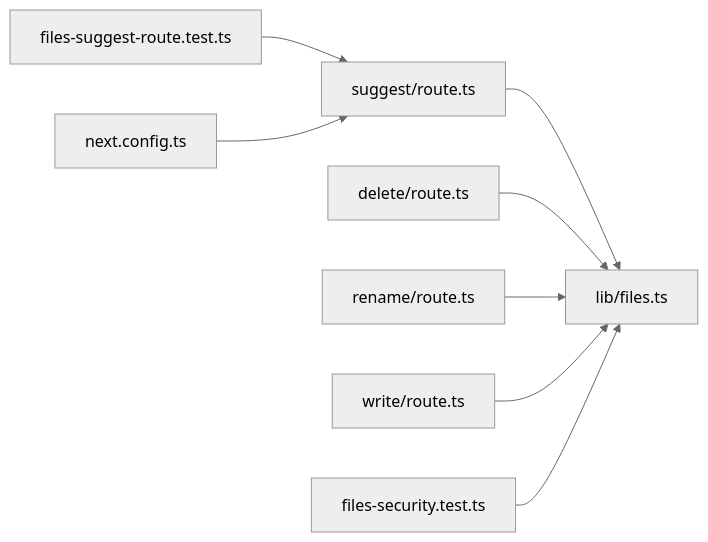
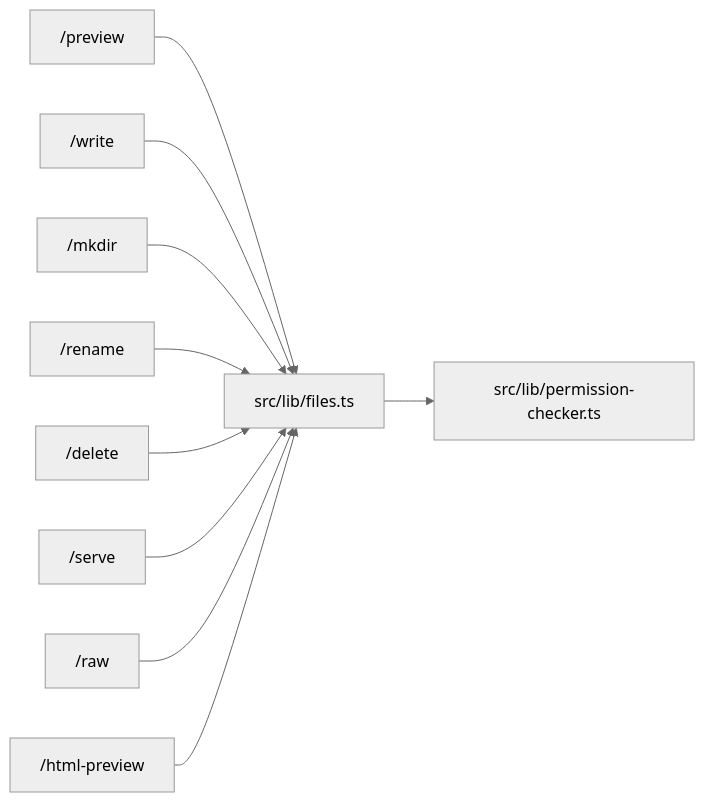
One commit to haolange/CodePilot changed the fifth of 5 diagrams in .qoder/repowiki/zh/content/API 参考/文件 API.md. Above: the diagram before and after it, drawn with Mermaid (neutral theme). The commit also changed other lines of this file and 203 other files, not shown here.

````diff
--- a/.qoder/repowiki/zh/content/API 参考/文件 API.md
+++ b/.qoder/repowiki/zh/content/API 参考/文件 API.md
@@ -270,10 +314,12 @@
 ```mermaid
 graph LR
-SUG["suggest/route.ts"] --> LIBF["lib/files.ts"]
-DEL["delete/route.ts"] --> LIBF
-REN["rename/route.ts"] --> LIBF
-WRI["write/route.ts"] --> LIBF
-TEST1["files-security.test.ts"] --> LIBF
-TEST2["files-suggest-route.test.ts"] --> SUG
-NEXT["next.config.ts"] --> SUG
+PRE["/preview"] --> LIB["src/lib/files.ts"]
+WRT["/write"] --> LIB
+MKD["/mkdir"] --> LIB
+REN["/rename"] --> LIB
+DEL["/delete"] --> LIB
+SRV["/serve"] --> LIB
+RAW["/raw"] --> LIB
+HTML["/html-preview"] --> LIB
+LIB --> PERM["src/lib/permission-checker.ts"]
 ```
````
